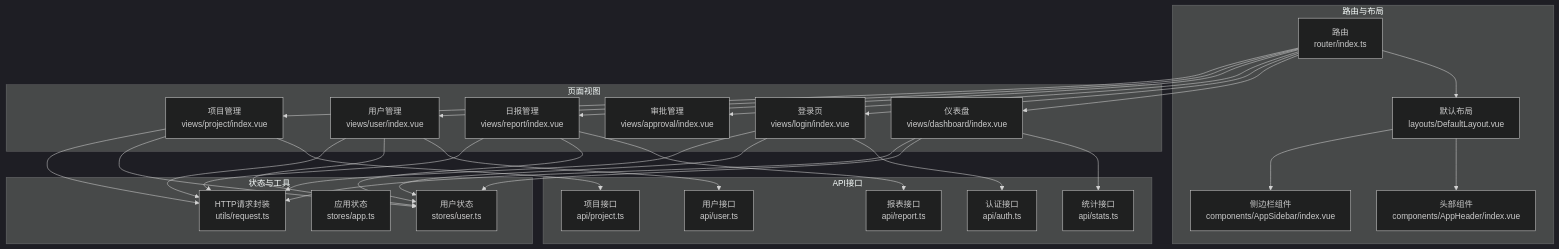
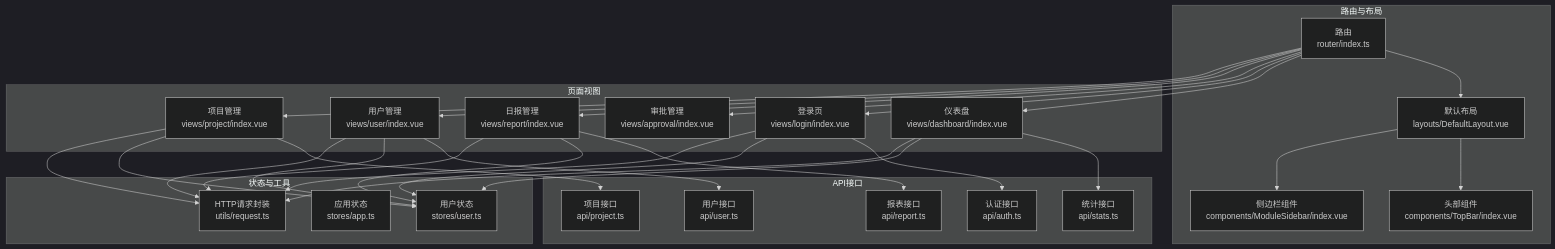
The first of 9 diagrams in .AI/Wiki/Web 管理后台/功能页面.md (War-Blood/WX_APP_OA), drawn with Mermaid (dark theme) before and after one commit. The commit also changed other lines of this file and 107 other files, not shown here.

````diff
--- a/.AI/Wiki/Web 管理后台/功能页面.md
+++ b/.AI/Wiki/Web 管理后台/功能页面.md
@@ -51,53 +51,53 @@
 ```mermaid
 graph TB
 subgraph "路由与布局"
 R["路由<br/>router/index.ts"]
 L["默认布局<br/>layouts/DefaultLayout.vue"]
-H["头部组件<br/>components/AppHeader/index.vue"]
-S["侧边栏组件<br/>components/AppSidebar/index.vue"]
+H["头部组件<br/>components/TopBar/index.vue"]
+S["侧边栏组件<br/>components/ModuleSidebar/index.vue"]
 end
 subgraph "页面视图"
 D["仪表盘<br/>views/dashboard/index.vue"]
 LG["登录页<br/>views/login/index.vue"]
 A["审批管理<br/>views/approval/index.vue"]
 RP["日报管理<br/>views/report/index.vue"]
 U["用户管理<br/>views/user/index.vue"]
 P["项目管理<br/>views/project/index.vue"]
 end
 subgraph "状态与工具"
 US["用户状态<br/>stores/user.ts"]
 AS["应用状态<br/>stores/app.ts"]
 REQ["HTTP请求封装<br/>utils/request.ts"]
 end
 subgraph "API接口"
 AU["认证接口<br/>api/auth.ts"]
 UA["用户接口<br/>api/user.ts"]
 RA["报表接口<br/>api/report.ts"]
 STA["统计接口<br/>api/stats.ts"]
 PRJ["项目接口<br/>api/project.ts"]
 end
 R --> L
 L --> H
 L --> S
 R --> D
 R --> LG
 R --> A
 R --> RP
 R --> U
 R --> P
 LG --> AU
 D --> STA
 RP --> RA
 U --> UA
 P --> PRJ
 LG --> US
 D --> US
 RP --> US
 U --> US
 P --> US
 LG --> REQ
 D --> REQ
 RP --> REQ
 U --> REQ
 P --> REQ
 ```
````
